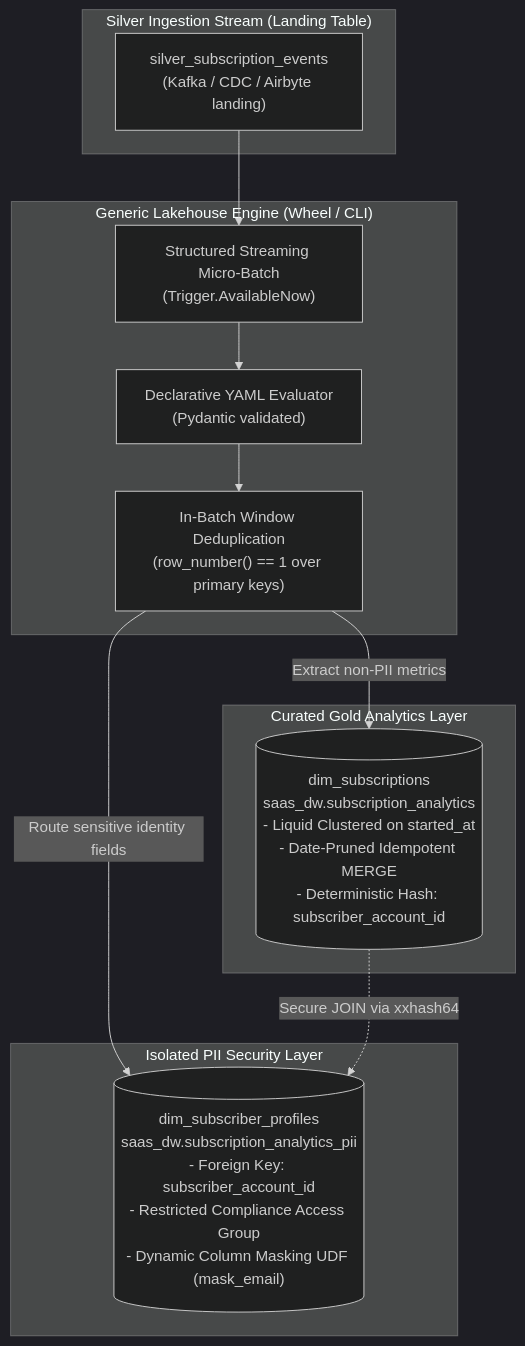
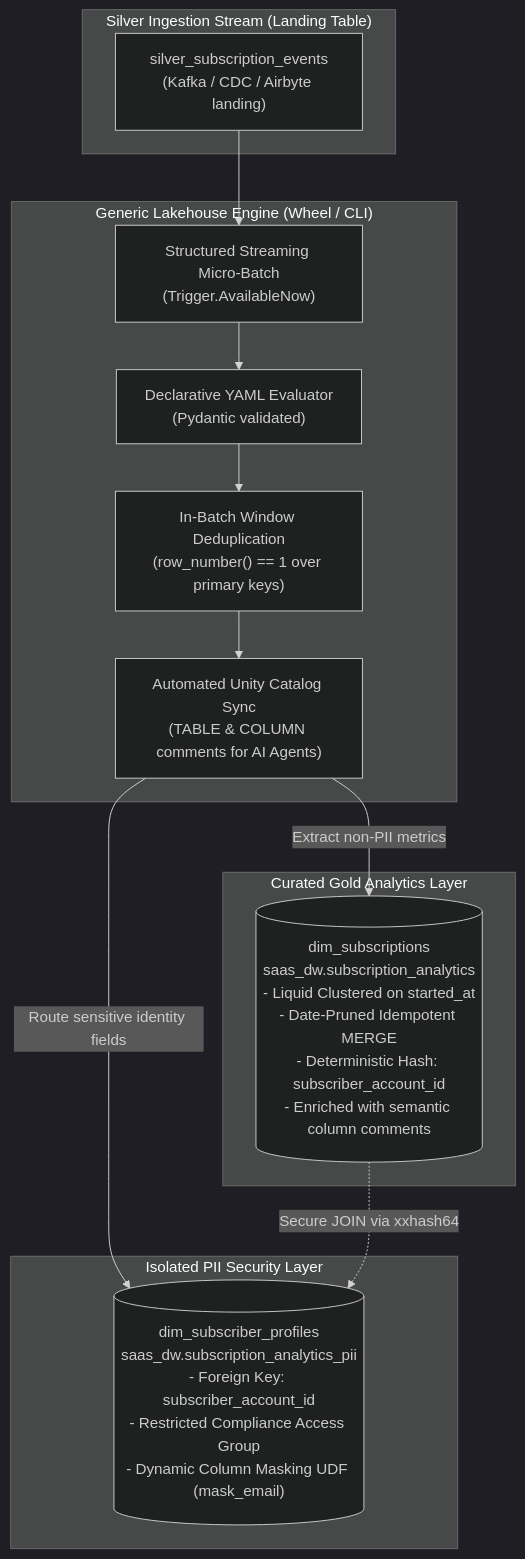
One commit to anilkulkarni87/databricks-lakehouse-boilerplate changed the first of 2 diagrams in README.md. Above: the diagram before and after it, drawn with Mermaid (dark theme). The commit also changed other lines of this file and 7 other files, not shown here.

Commit message:
Added catalog comments

````diff
--- a/README.md
+++ b/README.md
@@ -20,27 +20,29 @@
 ```mermaid
 flowchart TD
     subgraph SilverLayer ["Silver Ingestion Stream (Landing Table)"]
         StreamSrc["silver_subscription_events<br/>(Kafka / CDC / Airbyte landing)"]
     end
 
     subgraph Engine ["Generic Lakehouse Engine (Wheel / CLI)"]
         MicroBatch["Structured Streaming Micro-Batch<br/>(Trigger.AvailableNow)"]
         Parser["Declarative YAML Evaluator<br/>(Pydantic validated)"]
         Dedup["In-Batch Window Deduplication<br/>(row_number() == 1 over primary keys)"]
+        CatalogSync["Automated Unity Catalog Sync<br/>(TABLE & COLUMN comments for AI Agents)"]
     end
 
     subgraph GoldDW ["Curated Gold Analytics Layer"]
-        GoldTable[("dim_subscriptions<br/>saas_dw.subscription_analytics<br/>- Liquid Clustered on started_at<br/>- Date-Pruned Idempotent MERGE<br/>- Deterministic Hash: subscriber_account_id")]
+        GoldTable[("dim_subscriptions<br/>saas_dw.subscription_analytics<br/>- Liquid Clustered on started_at<br/>- Date-Pruned Idempotent MERGE<br/>- Deterministic Hash: subscriber_account_id<br/>- Enriched with semantic column comments")]
     end
 
     subgraph PIILayer ["Isolated PII Security Layer"]
         PIITable[("dim_subscriber_profiles<br/>saas_dw.subscription_analytics_pii<br/>- Foreign Key: subscriber_account_id<br/>- Restricted Compliance Access Group<br/>- Dynamic Column Masking UDF (mask_email)")]
     end
 
     StreamSrc --> MicroBatch
     MicroBatch --> Parser
     Parser --> Dedup
-    Dedup -->|"Extract non-PII metrics"| GoldTable
-    Dedup -->|"Route sensitive identity fields"| PIITable
+    Dedup --> CatalogSync
+    CatalogSync -->|"Extract non-PII metrics"| GoldTable
+    CatalogSync -->|"Route sensitive identity fields"| PIITable
     GoldTable -.->|"Secure JOIN via xxhash64"| PIITable
 ```
````
